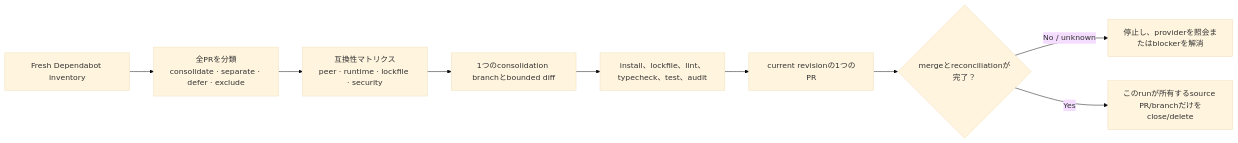
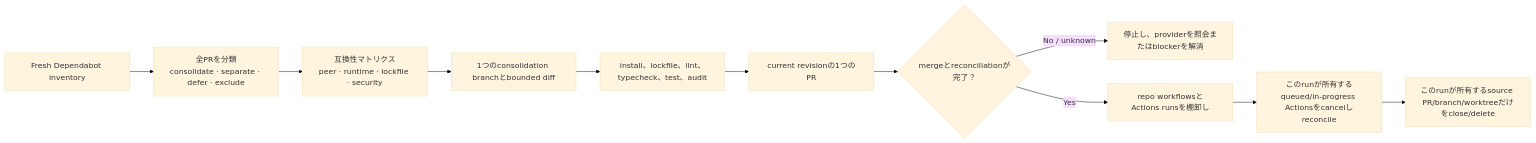
One commit to stephen-taipei/better-workflows changed the second of 2 diagrams in docs/README.ja.md. Above: the diagram before and after it, drawn with Mermaid (base theme). The commit also changed other lines of this file and 6 other files, not shown here.

````diff
--- a/docs/README.ja.md
+++ b/docs/README.ja.md
@@ -171,11 +171,13 @@
 ```mermaid
 flowchart LR
   A["Fresh Dependabot inventory"] --> B["全PRを分類\nconsolidate · separate · defer · exclude"]
   B --> C["互換性マトリクス\npeer · runtime · lockfile · security"]
   C --> D["1つのconsolidation branchとbounded diff"]
   D --> E["install、lockfile、lint、typecheck、test、audit"]
   E --> F["current revisionの1つのPR"]
   F --> G{"mergeとreconciliationが完了？"}
   G -- "No / unknown" --> H["停止し、providerを照会またはblockerを解消"]
-  G -- "Yes" --> I["このrunが所有するsource PR/branchだけをclose/delete"]
+  G -- "Yes" --> J["repo workflowsとActions runsを棚卸し"]
+  J --> K["このrunが所有するqueued/in-progress Actionsをcancelしreconcile"]
+  K --> I["このrunが所有するsource PR/branch/worktreeだけをclose/delete"]
 ```
````
